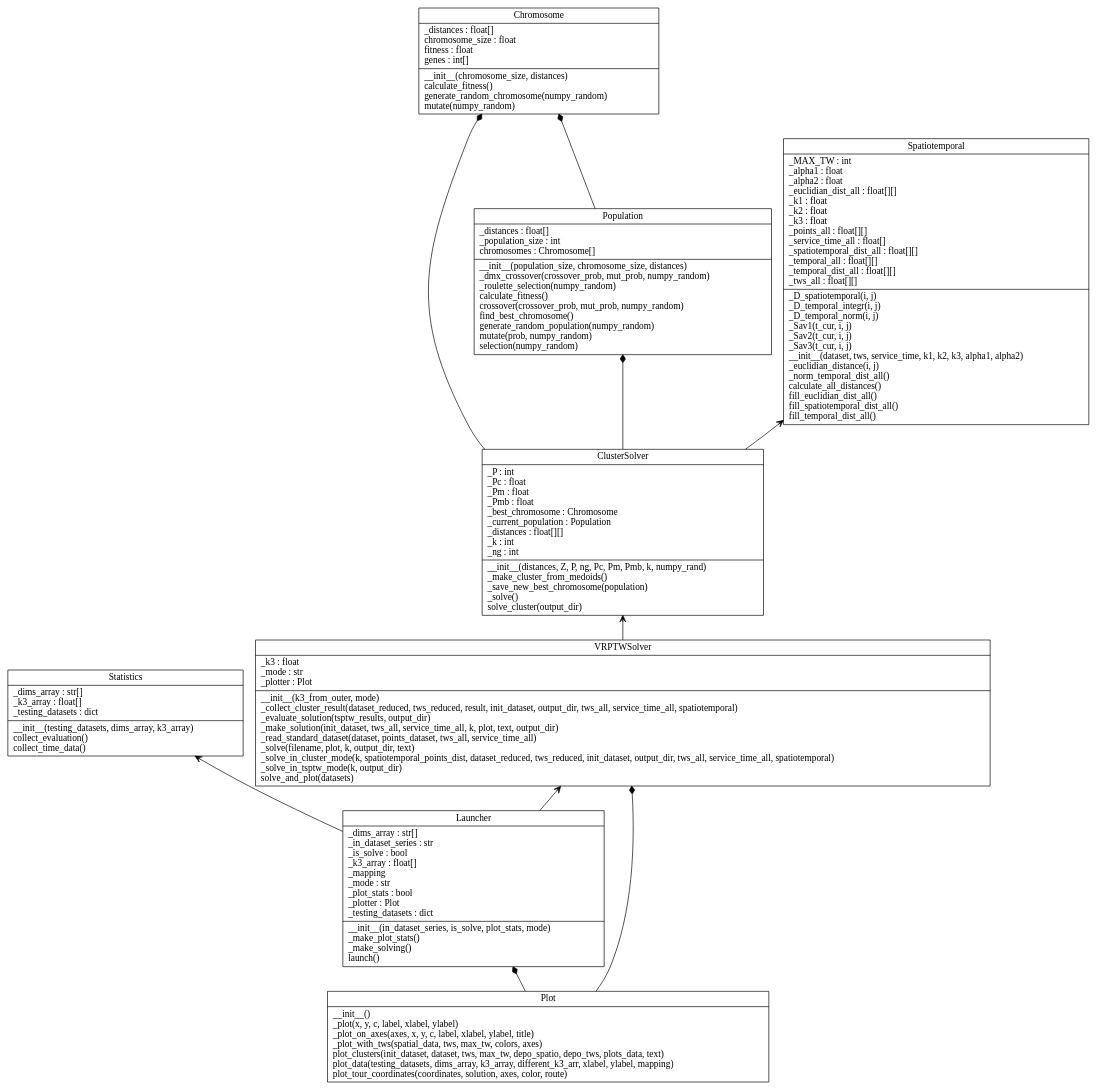
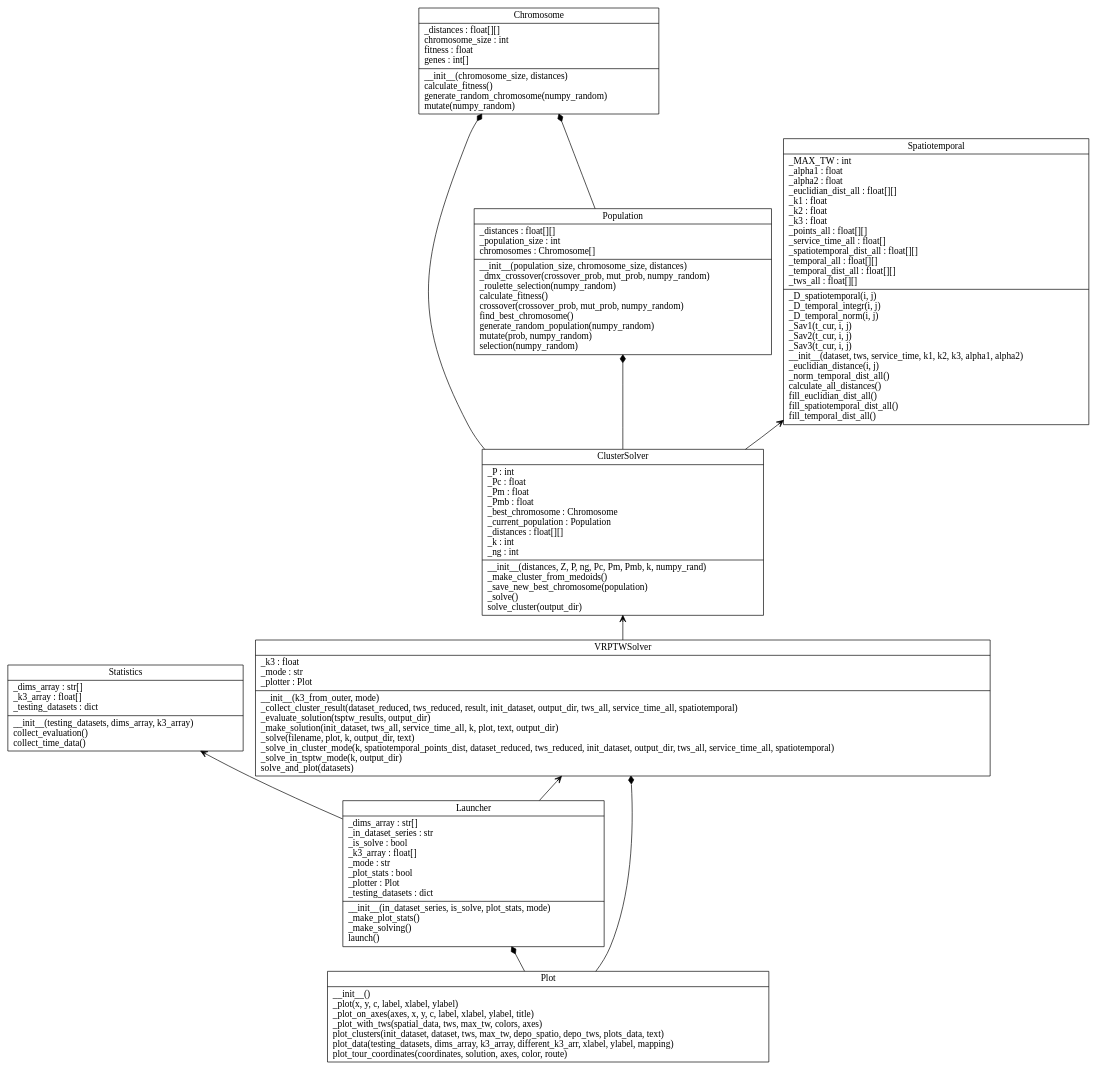
The diagram in test_diagram.dot (Stranger488/vrptw-ga-k-medoid), drawn with Graphviz before and after one commit. The commit also changed 1202 other files, not shown here.

Commit message:
solve R_6 and RC_6 datasets.

```diff
--- a/test_diagram.dot
+++ b/test_diagram.dot
@@ -1,21 +1,21 @@
 digraph "classes" {
 charset="utf-8"
 rankdir=BT
-"0" [label="{Chromosome|_distances : float[]\lchromosome_size : float\lfitness : float\lgenes : int[]\l|__init__(chromosome_size, distances)\lcalculate_fitness()\lgenerate_random_chromosome(numpy_random)\lmutate(numpy_random)\l}", shape="record"];
+"0" [label="{Chromosome|_distances : float[][]\lchromosome_size : int\lfitness : float\lgenes : int[]\l|__init__(chromosome_size, distances)\lcalculate_fitness()\lgenerate_random_chromosome(numpy_random)\lmutate(numpy_random)\l}", shape="record"];
 "1" [label="{ClusterSolver|_P : int\l_Pc : float\l_Pm : float\l_Pmb : float\l_best_chromosome : Chromosome\l_current_population : Population\l_distances : float[][]\l_k : int\l_ng : int\l|__init__(distances, Z, P, ng, Pc, Pm, Pmb, k, numpy_rand)\l_make_cluster_from_medoids()\l_save_new_best_chromosome(population)\l_solve()\lsolve_cluster(output_dir)\l}", shape="record"];
-"2" [label="{Launcher|_dims_array : str[]\l_in_dataset_series : str\l_is_solve : bool\l_k3_array : float[]\l_mapping\l_mode : str\l_plot_stats : bool\l_plotter : Plot\l_testing_datasets : dict\l|__init__(in_dataset_series, is_solve, plot_stats, mode)\l_make_plot_stats()\l_make_solving()\llaunch()\l}", shape="record"];
+"2" [label="{Launcher|_dims_array : str[]\l_in_dataset_series : str\l_is_solve : bool\l_k3_array : float[]\l_mode : str\l_plot_stats : bool\l_plotter : Plot\l_testing_datasets : dict\l|__init__(in_dataset_series, is_solve, plot_stats, mode)\l_make_plot_stats()\l_make_solving()\llaunch()\l}", shape="record"];
 "3" [label="{Plot|__init__()\l_plot(x, y, c, label, xlabel, ylabel)\l_plot_on_axes(axes, x, y, c, label, xlabel, ylabel, title)\l_plot_with_tws(spatial_data, tws, max_tw, colors, axes)\lplot_clusters(init_dataset, dataset, tws, max_tw, depo_spatio, depo_tws, plots_data, text)\lplot_data(testing_datasets, dims_array, k3_array, different_k3_arr, xlabel, ylabel, mapping)\lplot_tour_coordinates(coordinates, solution, axes, color, route)\l}", shape="record"];
-"4" [label="{Population|_distances : float[]\l_population_size : int\lchromosomes : Chromosome[]\l|__init__(population_size, chromosome_size, distances)\l_dmx_crossover(crossover_prob, mut_prob, numpy_random)\l_roulette_selection(numpy_random)\lcalculate_fitness()\lcrossover(crossover_prob, mut_prob, numpy_random)\lfind_best_chromosome()\lgenerate_random_population(numpy_random)\lmutate(prob, numpy_random)\lselection(numpy_random)\l}", shape="record"];
+"4" [label="{Population|_distances : float[][]\l_population_size : int\lchromosomes : Chromosome[]\l|__init__(population_size, chromosome_size, distances)\l_dmx_crossover(crossover_prob, mut_prob, numpy_random)\l_roulette_selection(numpy_random)\lcalculate_fitness()\lcrossover(crossover_prob, mut_prob, numpy_random)\lfind_best_chromosome()\lgenerate_random_population(numpy_random)\lmutate(prob, numpy_random)\lselection(numpy_random)\l}", shape="record"];
 "5" [label="{Spatiotemporal|_MAX_TW : int\l_alpha1 : float\l_alpha2 : float\l_euclidian_dist_all : float[][]\l_k1 : float\l_k2 : float\l_k3 : float\l_points_all : float[][]\l_service_time_all : float[]\l_spatiotemporal_dist_all : float[][]\l_temporal_all : float[][]\l_temporal_dist_all : float[][]\l_tws_all : float[][]\l|_D_spatiotemporal(i, j)\l_D_temporal_integr(i, j)\l_D_temporal_norm(i, j)\l_Sav1(t_cur, i, j)\l_Sav2(t_cur, i, j)\l_Sav3(t_cur, i, j)\l__init__(dataset, tws, service_time, k1, k2, k3, alpha1, alpha2)\l_euclidian_distance(i, j)\l_norm_temporal_dist_all()\lcalculate_all_distances()\lfill_euclidian_dist_all()\lfill_spatiotemporal_dist_all()\lfill_temporal_dist_all()\l}", shape="record"];
 "6" [label="{Statistics|_dims_array : str[]\l_k3_array : float[]\l_testing_datasets : dict\l|__init__(testing_datasets, dims_array, k3_array)\lcollect_evaluation()\lcollect_time_data()\l}", shape="record"];
-"7" [label="{VRPTWSolver|_k3 : float\l_mode : str\l_plotter : Plot\l|__init__(k3_from_outer, mode)\l_collect_cluster_result(dataset_reduced, tws_reduced, result, init_dataset, output_dir, tws_all, service_time_all, spatiotemporal)\l_evaluate_solution(tsptw_results, output_dir)\l_make_solution(init_dataset, tws_all, service_time_all, k, plot, text, output_dir)\l_read_standard_dataset(dataset, points_dataset, tws_all, service_time_all)\l_solve(filename, plot, k, output_dir, text)\l_solve_in_cluster_mode(k, spatiotemporal_points_dist, dataset_reduced, tws_reduced, init_dataset, output_dir, tws_all, service_time_all, spatiotemporal)\l_solve_in_tsptw_mode(k, output_dir)\lsolve_and_plot(datasets)\l}", shape="record"];
+"7" [label="{VRPTWSolver|_k3 : float\l_mode : str\l_plotter : Plot\l|__init__(k3_from_outer, mode)\l_collect_cluster_result(dataset_reduced, tws_reduced, result, init_dataset, output_dir, tws_all, service_time_all, spatiotemporal)\l_evaluate_solution(tsptw_results, output_dir)\l_make_solution(init_dataset, tws_all, service_time_all, k, plot, text, output_dir)\l_solve(filename, plot, k, output_dir, text)\l_solve_in_cluster_mode(k, spatiotemporal_points_dist, dataset_reduced, tws_reduced, init_dataset, output_dir, tws_all, service_time_all, spatiotemporal)\l_solve_in_tsptw_mode(k, output_dir)\lsolve_and_plot(datasets)\l}", shape="record"];
 "3" -> "2" [arrowhead="diamond", arrowtail="none", fontcolor="green", style="solid"];
 "3" -> "7" [arrowhead="diamond", arrowtail="none", fontcolor="green", style="solid"];
 "1" -> "0" [arrowhead="diamond", arrowtail="none", fontcolor="green", style="solid"];
 "1" -> "4" [arrowhead="diamond", arrowtail="none", fontcolor="green", style="solid"];
 "4" -> "0" [arrowhead="diamond", arrowtail="none", fontcolor="green", style="solid"];
 "1" -> "5" [arrowhead="open", arrowtail="none", fontcolor="green", style="solid"];
 "2" -> "7" [arrowhead="open", arrowtail="none", fontcolor="green", style="solid"];
 "2" -> "6" [arrowhead="open", arrowtail="none", fontcolor="green", style="solid"];
 "7" -> "1" [arrowhead="open", arrowtail="none", fontcolor="green", style="solid"];
 }
```
